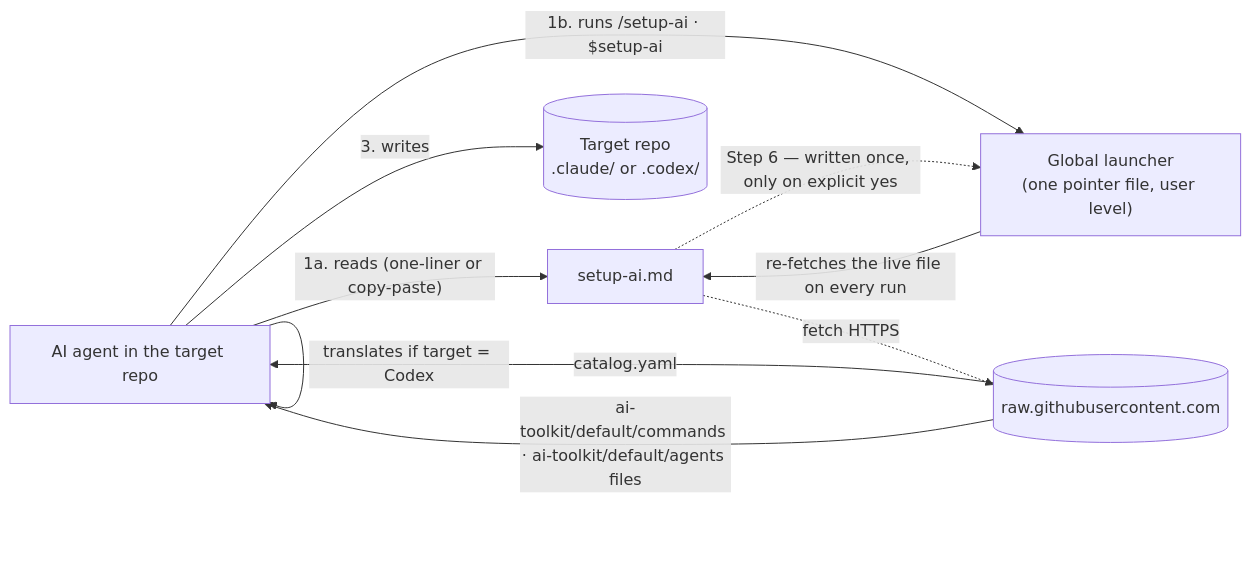
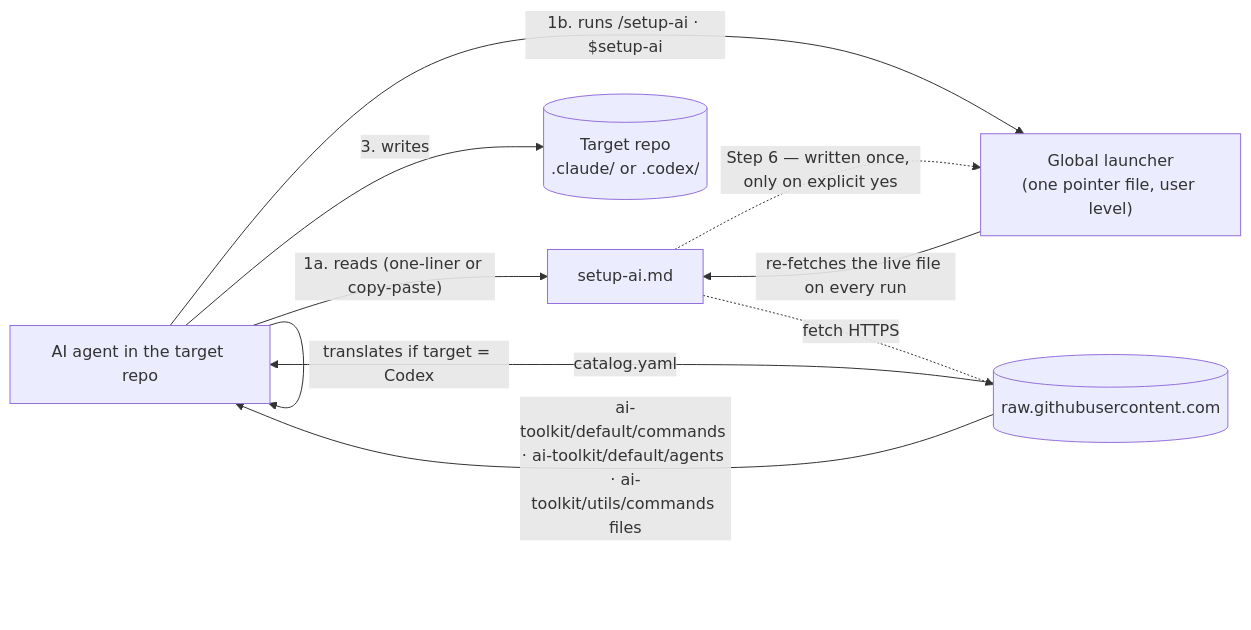
The first of 3 diagrams in specs/tech-spec.md (charlstown/my-aisy-toolkit), drawn with Mermaid before and after one commit. The commit also changed other lines of this file and 6 other files, not shown here.

````diff
--- a/specs/tech-spec.md
+++ b/specs/tech-spec.md
@@ -34,12 +34,12 @@
 ```mermaid
 flowchart LR
     U[AI agent in the target repo] -->|"1a. reads (one-liner or copy-paste)"| S[setup-ai.md]
     U -->|"1b. runs /setup-ai · $setup-ai"| L["Global launcher<br/>(one pointer file, user level)"]
     L -->|"re-fetches the live file on every run"| S
     S -.->|"Step 6 — written once, only on explicit yes"| L
     S -.fetch HTTPS.-> RAW[(raw.githubusercontent.com)]
     RAW -->|catalog.yaml| U
-    RAW -->|ai-toolkit/default/commands · ai-toolkit/default/agents files| U
+    RAW -->|ai-toolkit/default/commands · ai-toolkit/default/agents · ai-toolkit/utils/commands files| U
     U -->|translates if target = Codex| U
     U -->|3. writes| DEST[(Target repo<br/>.claude/ or .codex/)]
 ```
````
